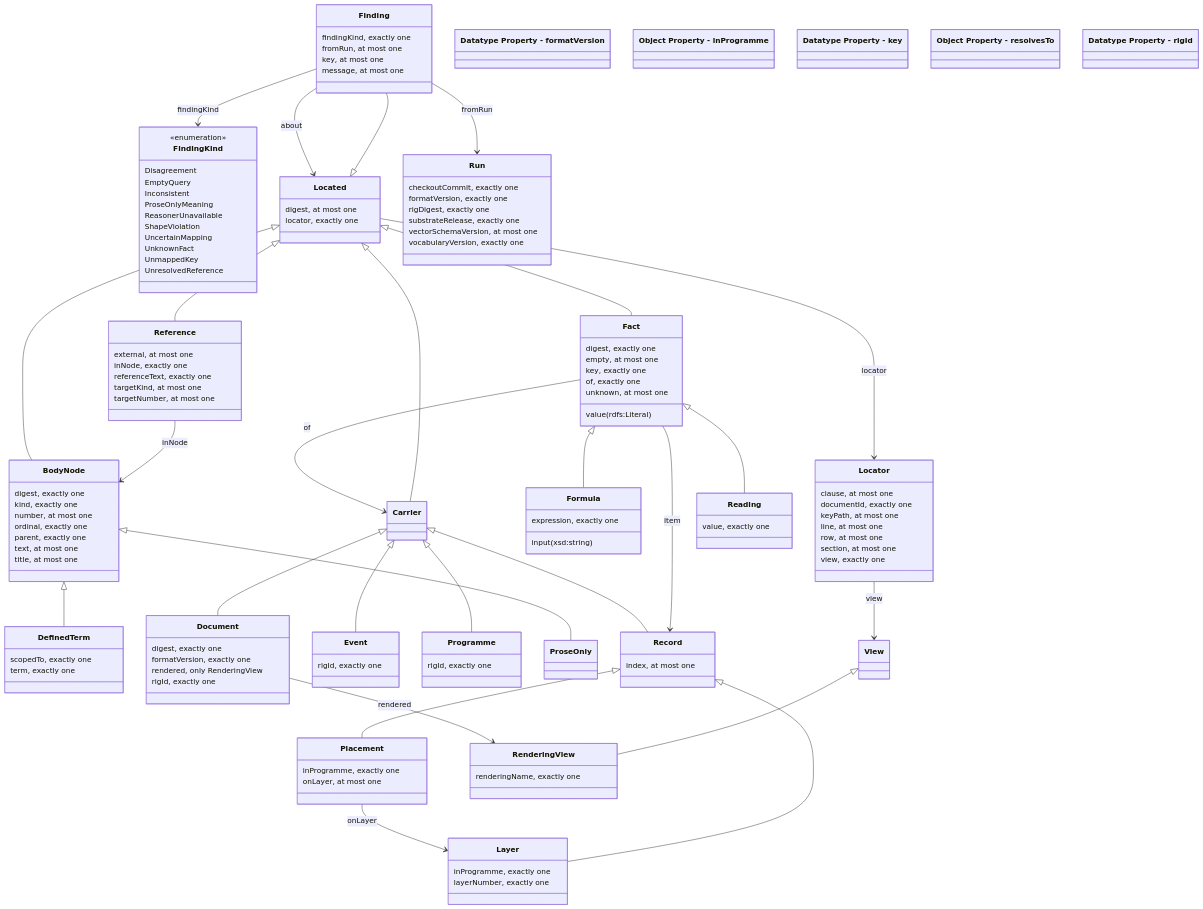
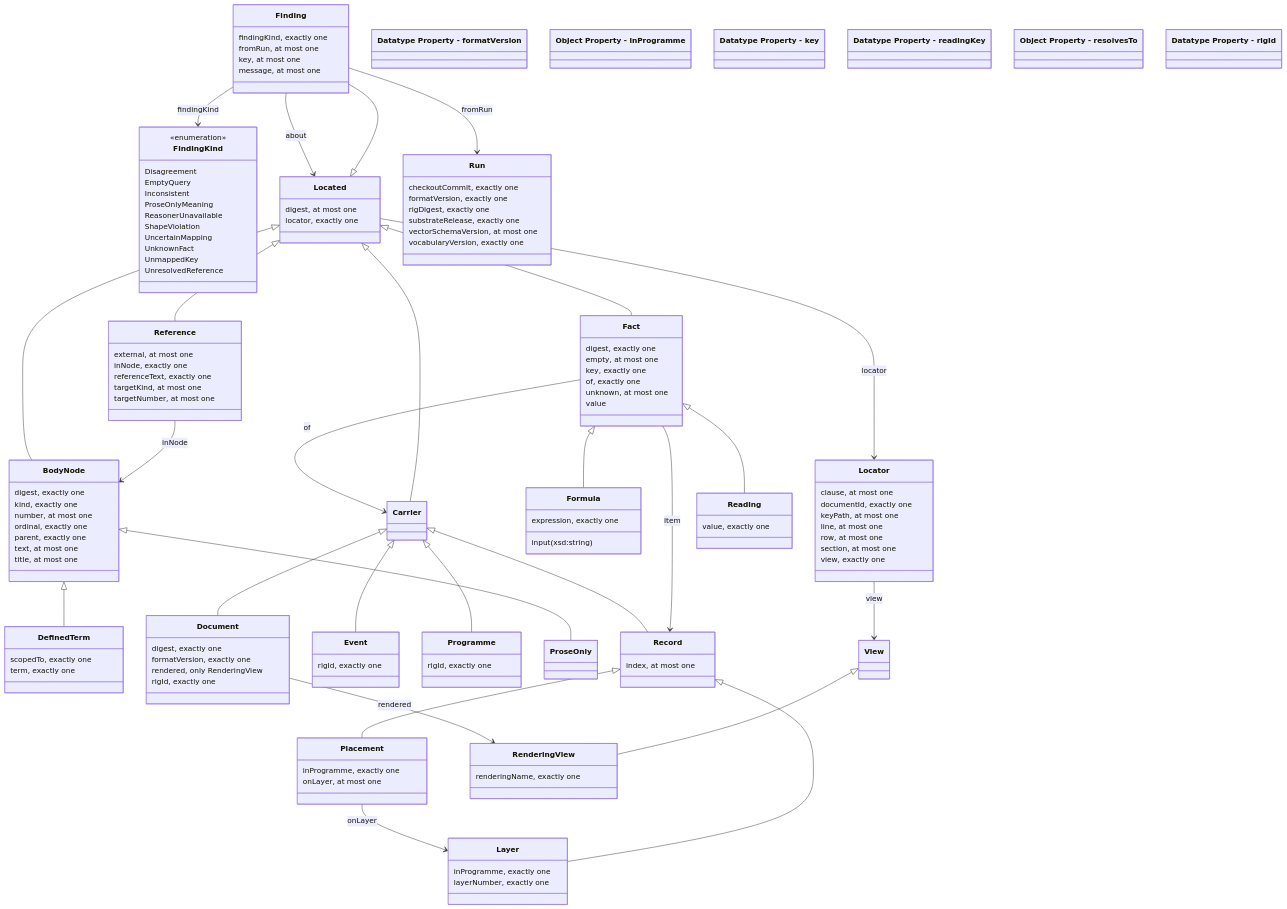
One commit to nebularis/lattice changed the diagram in ontology/v-rig/README.md. Above: the diagram before and after it, drawn with Mermaid. The commit also changed other lines of this file and 18 other files, not shown here.

````diff
--- a/ontology/v-rig/README.md
+++ b/ontology/v-rig/README.md
@@ -94,7 +95,7 @@
         key, exactly one
         of, exactly one
         unknown, at most one
-        value (rdfs:Literal)
+        value
     }
     class Finding {
         findingKind, exactly one
@@ -198,6 +199,7 @@
     class DatatypeProperty_formatVersion["Datatype Property - formatVersion"]
     class ObjectProperty_inProgramme["Object Property - inProgramme"]
     class DatatypeProperty_key["Datatype Property - key"]
+    class DatatypeProperty_readingKey["Datatype Property - readingKey"]
     class ObjectProperty_resolvesTo["Object Property - resolvesTo"]
     class DatatypeProperty_rigId["Datatype Property - rigId"]
 ```
````
